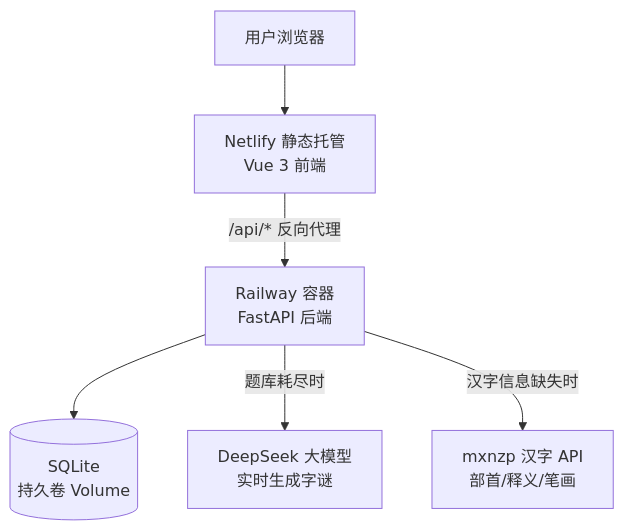
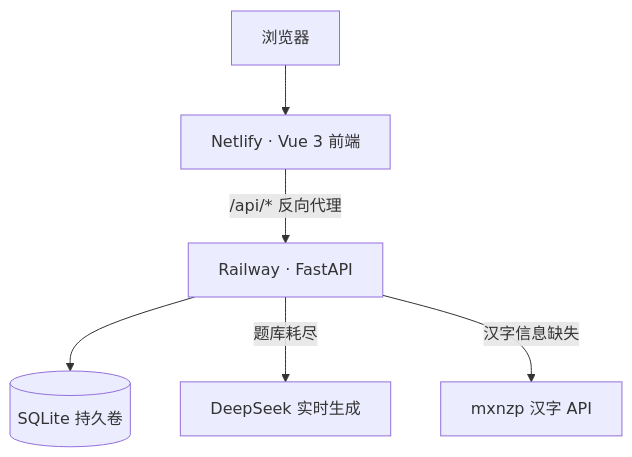
One commit to iCurious-D/word-riddle-game changed the diagram in README.md. Above: the diagram before and after it, drawn with Mermaid. The commit also changed other lines of this file, not shown here.

````diff
--- a/README.md
+++ b/README.md
@@ -35,8 +17,8 @@
 ```mermaid
 graph TB
-    User[用户浏览器] --> Netlify[Netlify 静态托管<br/>Vue 3 前端]
-    Netlify -->|/api/* 反向代理| Railway[Railway 容器<br/>FastAPI 后端]
-    Railway --> SQLite[(SQLite<br/>持久卷 Volume)]
-    Railway -->|题库耗尽时| LLM[DeepSeek 大模型<br/>实时生成字谜]
-    Railway -->|汉字信息缺失时| MXNZP[mxnzp 汉字 API<br/>部首/释义/笔画]
+    User[浏览器] --> Netlify[Netlify · Vue 3 前端]
+    Netlify -->|/api/* 反向代理| Railway[Railway · FastAPI]
+    Railway --> DB[(SQLite 持久卷)]
+    Railway -->|题库耗尽| LLM[DeepSeek 实时生成]
+    Railway -->|汉字信息缺失| API[mxnzp 汉字 API]
 ```
````
